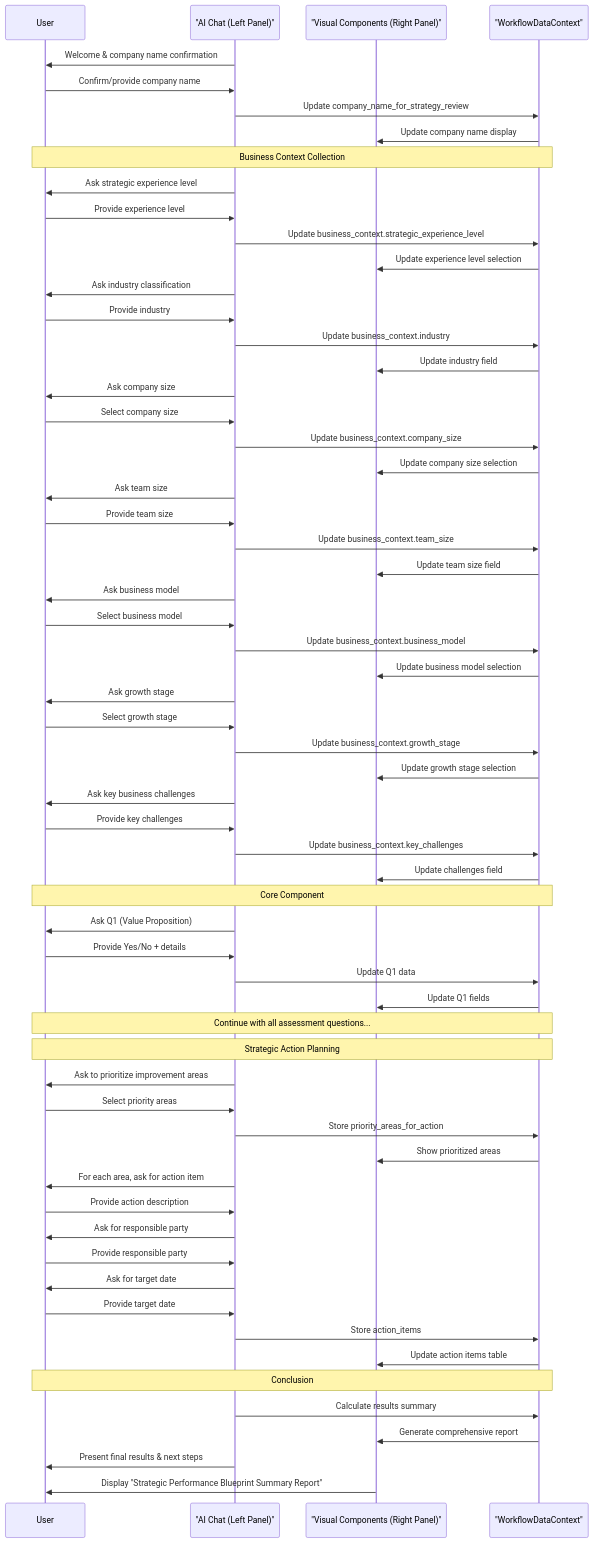
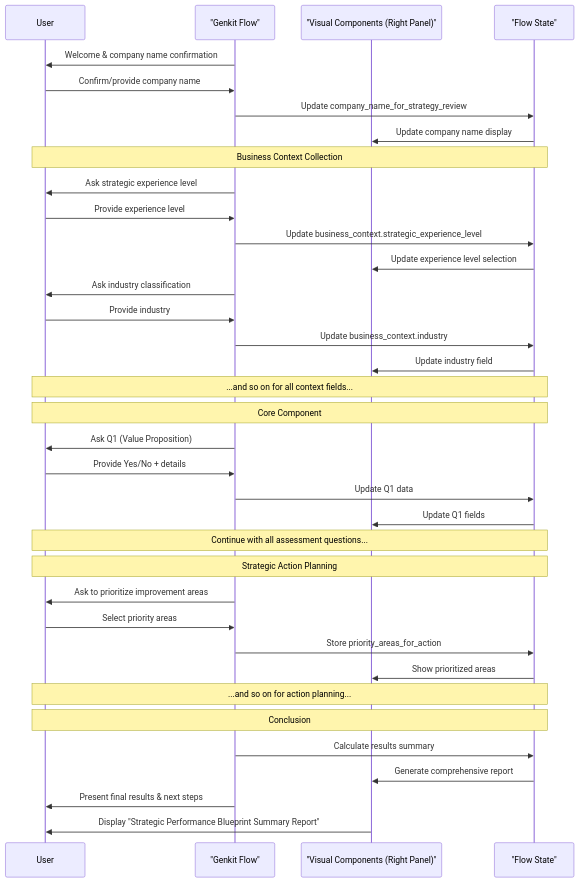
Before and after one commit to Ty-Robb/Pipit-AI: the diagram in docs/strategy-components/workflows/free/discovery.md, drawn with Mermaid. The commit also changed other lines of this file and 19 other files, not shown here.

Commit message:
docs: complete Genkit architecture alignment and project README

````diff
--- a/docs/strategy-components/workflows/free/discovery.md
+++ b/docs/strategy-components/workflows/free/discovery.md
@@ -667,81 +106,51 @@
 ```mermaid
 sequenceDiagram
     participant User
-    participant AI as "AI Chat (Left Panel)"
+    participant AI as "Genkit Flow"
     participant Visual as "Visual Components (Right Panel)"
-    participant Data as "WorkflowDataContext"
+    participant Data as "Flow State"
     
     AI->>User: Welcome & company name confirmation
     User->>AI: Confirm/provide company name
     AI->>Data: Update company_name_for_strategy_review
     Data->>Visual: Update company name display
     
     Note over User, Data: Business Context Collection
     
     AI->>User: Ask strategic experience level
     User->>AI: Provide experience level
     AI->>Data: Update business_context.strategic_experience_level
     Data->>Visual: Update experience level selection
     
     AI->>User: Ask industry classification
     User->>AI: Provide industry
     AI->>Data: Update business_context.industry
     Data->>Visual: Update industry field
     
-    AI->>User: Ask company size
-    User->>AI: Select company size
-    AI->>Data: Update business_context.company_size
-    Data->>Visual: Update company size selection
-    
-    AI->>User: Ask team size
-    User->>AI: Provide team size
-    AI->>Data: Update business_context.team_size
-    Data->>Visual: Update team size field
-    
-    AI->>User: Ask business model
-    User->>AI: Select business model
-    AI->>Data: Update business_context.business_model
-    Data->>Visual: Update business model selection
-    
-    AI->>User: Ask growth stage
-    User->>AI: Select growth stage
-    AI->>Data: Update business_context.growth_stage
-    Data->>Visual: Update growth stage selection
-    
-    AI->>User: Ask key business challenges
-    User->>AI: Provide key challenges
-    AI->>Data: Update business_context.key_challenges
-    Data->>Visual: Update challenges field
-    
+    Note over User, Data: ...and so on for all context fields...
+
     Note over User, Data: Core Component #1: Building the Strategy
     
     AI->>User: Ask Q1 (Value Proposition)
     User->>AI: Provide Yes/No + details
     AI->>Data: Update Q1 data
     Data->>Visual: Update Q1 fields
     
     Note over User, Data: Continue with all assessment questions...
     
     Note over User, Data: Strategic Action Planning
     
     AI->>User: Ask to prioritize improvement areas
     User->>AI: Select priority areas
     AI->>Data: Store priority_areas_for_action
     Data->>Visual: Show prioritized areas
     
-    AI->>User: For each area, ask for action item
-    User->>AI: Provide action description
-    AI->>User: Ask for responsible party
-    User->>AI: Provide responsible party
-    AI->>User: Ask for target date
-    User->>AI: Provide target date
-    AI->>Data: Store action_items
-    Data->>Visual: Update action items table
-    
+    Note over User, Data: ...and so on for action planning...
+
     Note over User, Data: Conclusion
     
     AI->>Data: Calculate results summary
     Data->>Visual: Generate comprehensive report
     AI->>User: Present final results & next steps
     Visual->>User: Display "Strategic Performance Blueprint Summary Report"
 ```
````
